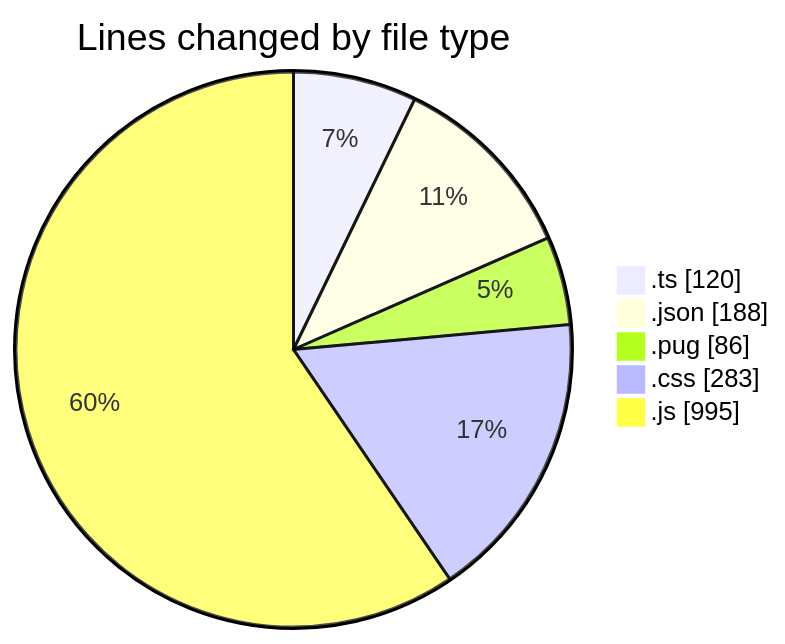
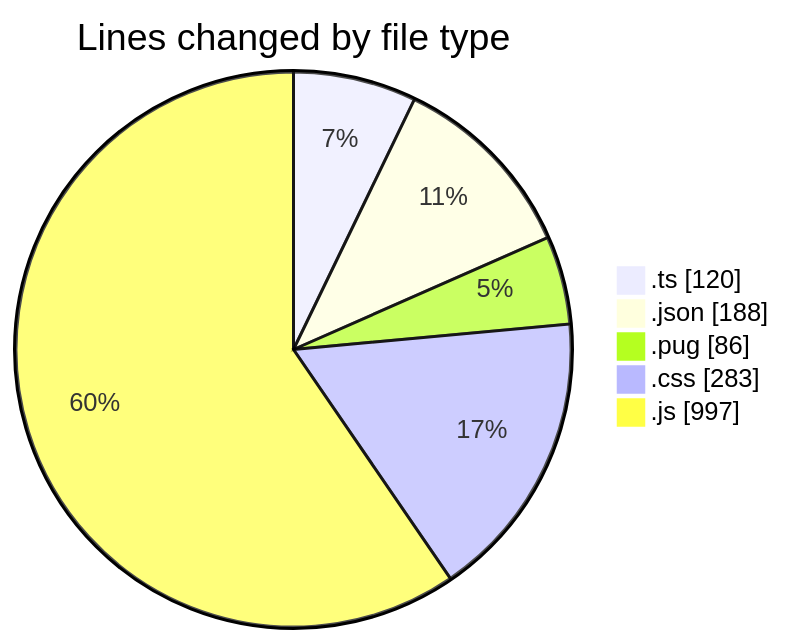
Before and after one commit to momahboobian/code-tracking: the first of 2 diagrams in 2025-02-24/cda/README.md, drawn with Mermaid. The commit also changed other lines of this file and 1 other file, not shown here.

````diff
--- a/2025-02-24/cda/README.md
+++ b/2025-02-24/cda/README.md
@@ -34,9 +34,9 @@
 ```mermaid
 pie showData
 title Lines changed by file type
 ".ts" : 120
 ".json" : 188
 ".pug" : 86
 ".css" : 283
-".js" : 995
+".js" : 997
 ```
````
